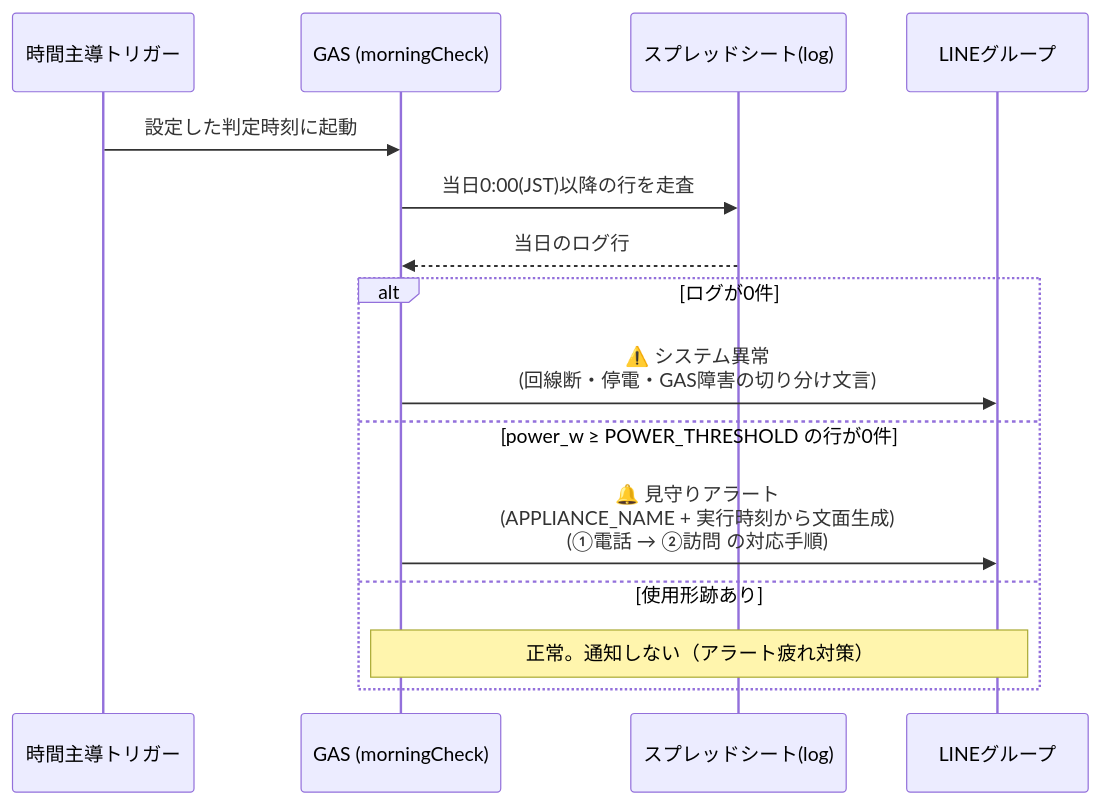
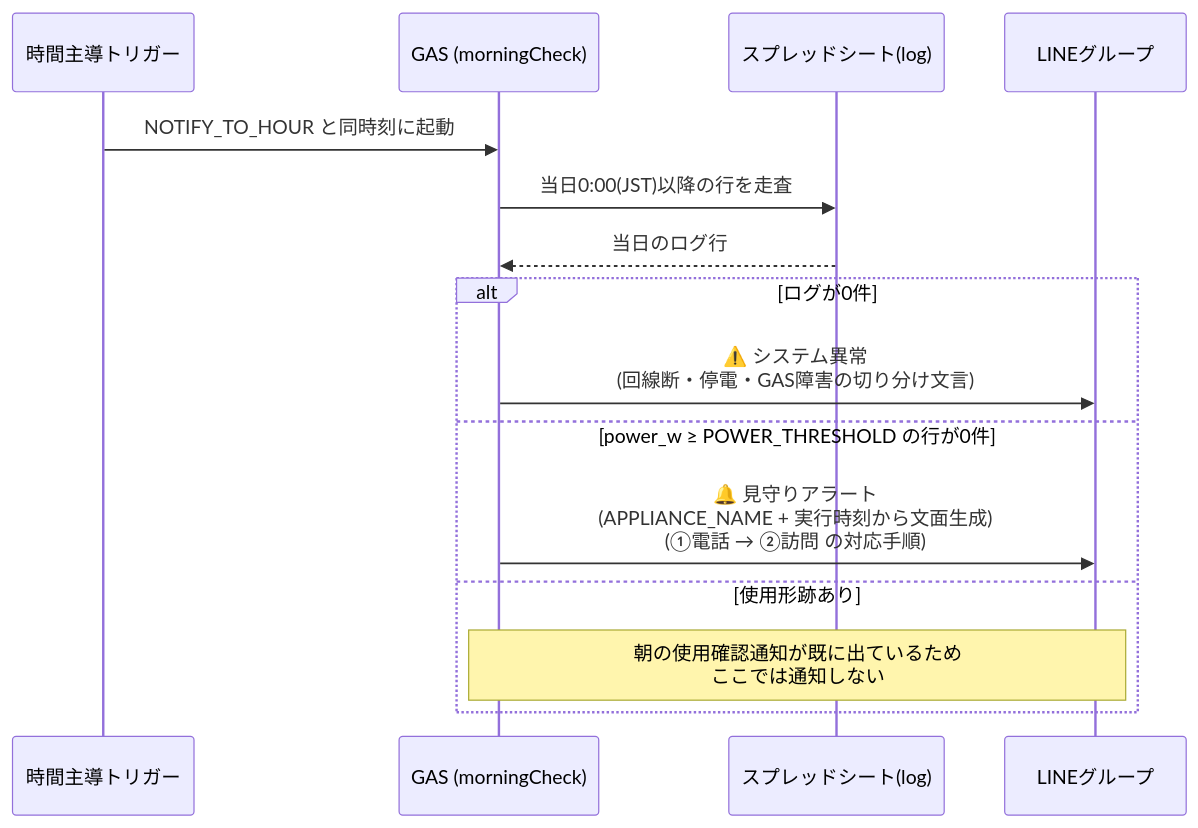
Before and after one commit to yomogi-cat/hamuiru: the third of 4 diagrams in docs/architecture.md, drawn with Mermaid. The commit also changed other lines of this file and 4 other files, not shown here.

````diff
--- a/docs/architecture.md
+++ b/docs/architecture.md
@@ -61,19 +84,19 @@
 ```mermaid
 sequenceDiagram
     participant T as 時間主導トリガー
     participant G as GAS (morningCheck)
     participant L as スプレッドシート(log)
     participant N as LINEグループ
 
-    T->>G: 設定した判定時刻に起動
+    T->>G: NOTIFY_TO_HOUR と同時刻に起動
     G->>L: 当日0:00(JST)以降の行を走査
     L-->>G: 当日のログ行
 
     alt ログが0件
         G->>N: ⚠️ システム異常<br>(回線断・停電・GAS障害の切り分け文言)
     else power_w ≥ POWER_THRESHOLD の行が0件
         G->>N: 🔔 見守りアラート<br>(APPLIANCE_NAME + 実行時刻から文面生成)<br>(①電話 → ②訪問 の対応手順)
     else 使用形跡あり
-        Note over G,N: 正常。通知しない（アラート疲れ対策）
+        Note over G,N: 朝の使用確認通知が既に出ているため<br>ここでは通知しない
     end
 ```
````
